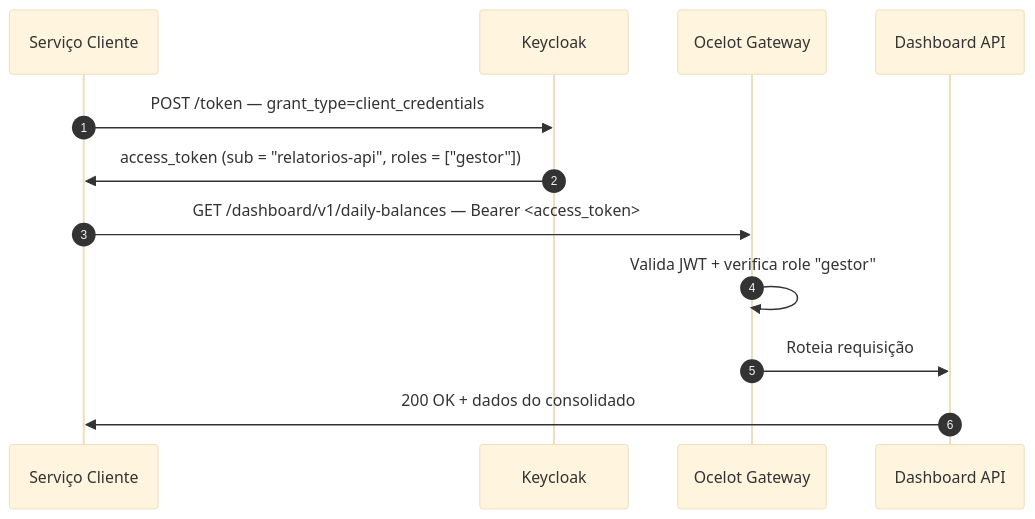
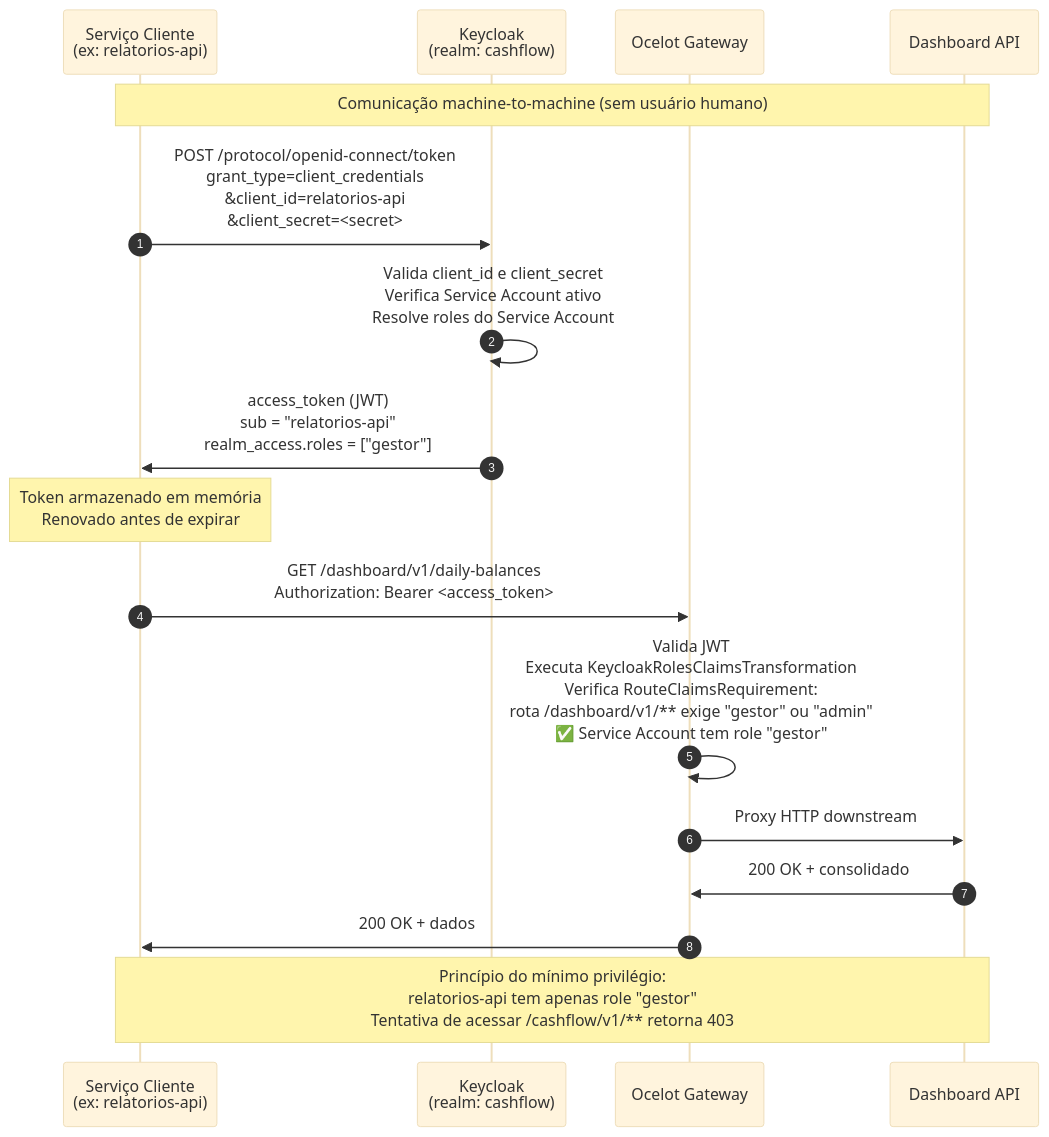
The third of 4 diagrams in docs/security/service-to-service.md (filipececcon/arch-challenge), drawn with Mermaid (base theme) before and after one commit. The commit also changed other lines of this file and 14 other files, not shown here.

````diff
--- a/docs/security/service-to-service.md
+++ b/docs/security/service-to-service.md
@@ -139,15 +137,19 @@
 ```mermaid
 sequenceDiagram
     autonumber
-    participant S as Serviço Cliente
-    participant K as Keycloak
+    participant S as Serviço Cliente<br/>(ex: relatorios-api)
+    participant K as Keycloak<br/>(realm: cashflow)
     participant G as Ocelot Gateway
     participant D as Dashboard API
-
-    S->>K: POST /token — grant_type=client_credentials
-    K->>S: access_token (sub = "relatorios-api", roles = ["gestor"])
-    S->>G: GET /dashboard/v1/daily-balances — Bearer <access_token>
-    G->>G: Valida JWT + verifica role "gestor"
-    G->>D: Roteia requisição
-    D->>S: 200 OK + dados do consolidado
+    Note over S,D: Comunicação machine-to-machine (sem usuário humano)
+    S->>K: POST /protocol/openid-connect/token<br/>grant_type=client_credentials<br/>&client_id=relatorios-api<br/>&client_secret=<secret>
+    K->>K: Valida client_id e client_secret<br/>Verifica Service Account ativo<br/>Resolve roles do Service Account
+    K->>S: access_token (JWT)<br/>sub = "relatorios-api"<br/>realm_access.roles = ["gestor"]
+    Note over S: Token armazenado em memória<br/>Renovado antes de expirar
+    S->>G: GET /dashboard/v1/daily-balances<br/>Authorization: Bearer <access_token>
+    G->>G: Valida JWT<br/>Executa KeycloakRolesClaimsTransformation<br/>Verifica RouteClaimsRequirement:<br/>rota /dashboard/v1/** exige "gestor" ou "admin"<br/>✅ Service Account tem role "gestor"
+    G->>D: Proxy HTTP downstream
+    D->>G: 200 OK + consolidado
+    G->>S: 200 OK + dados
+    Note over S,D: Princípio do mínimo privilégio:<br/>relatorios-api tem apenas role "gestor"<br/>Tentativa de acessar /cashflow/v1/** retorna 403
 ```
````
